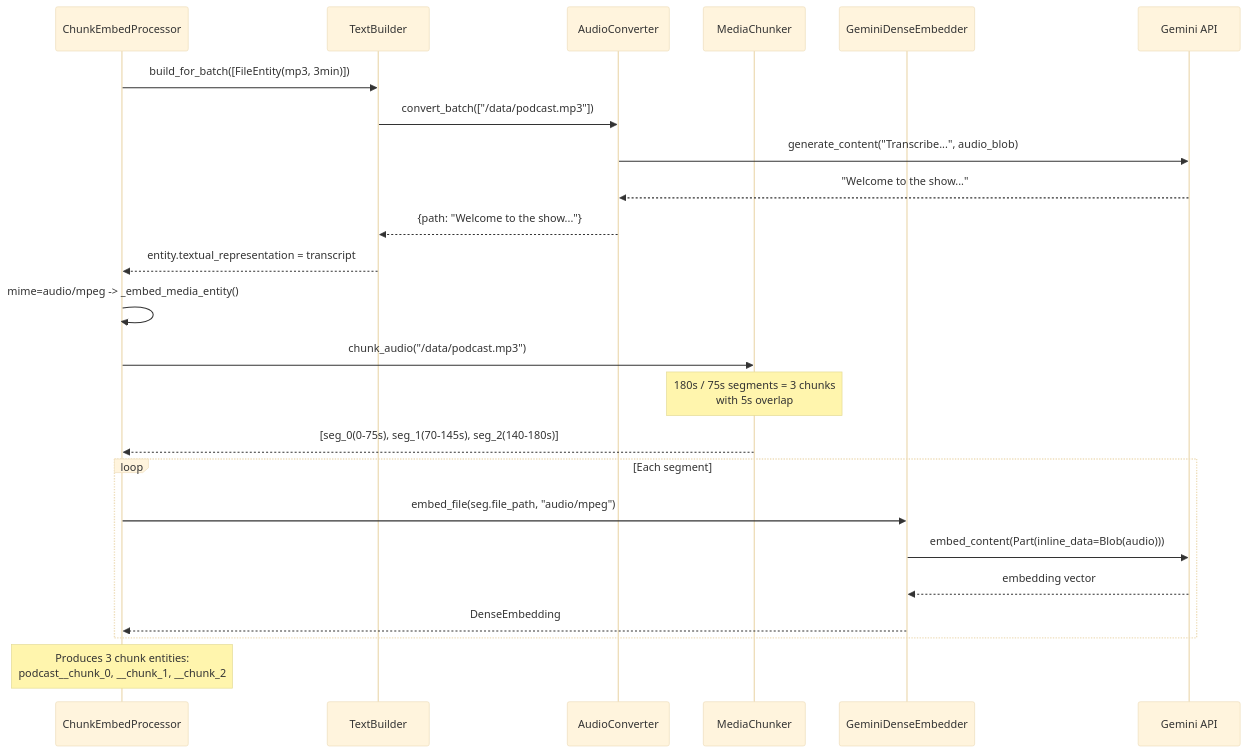
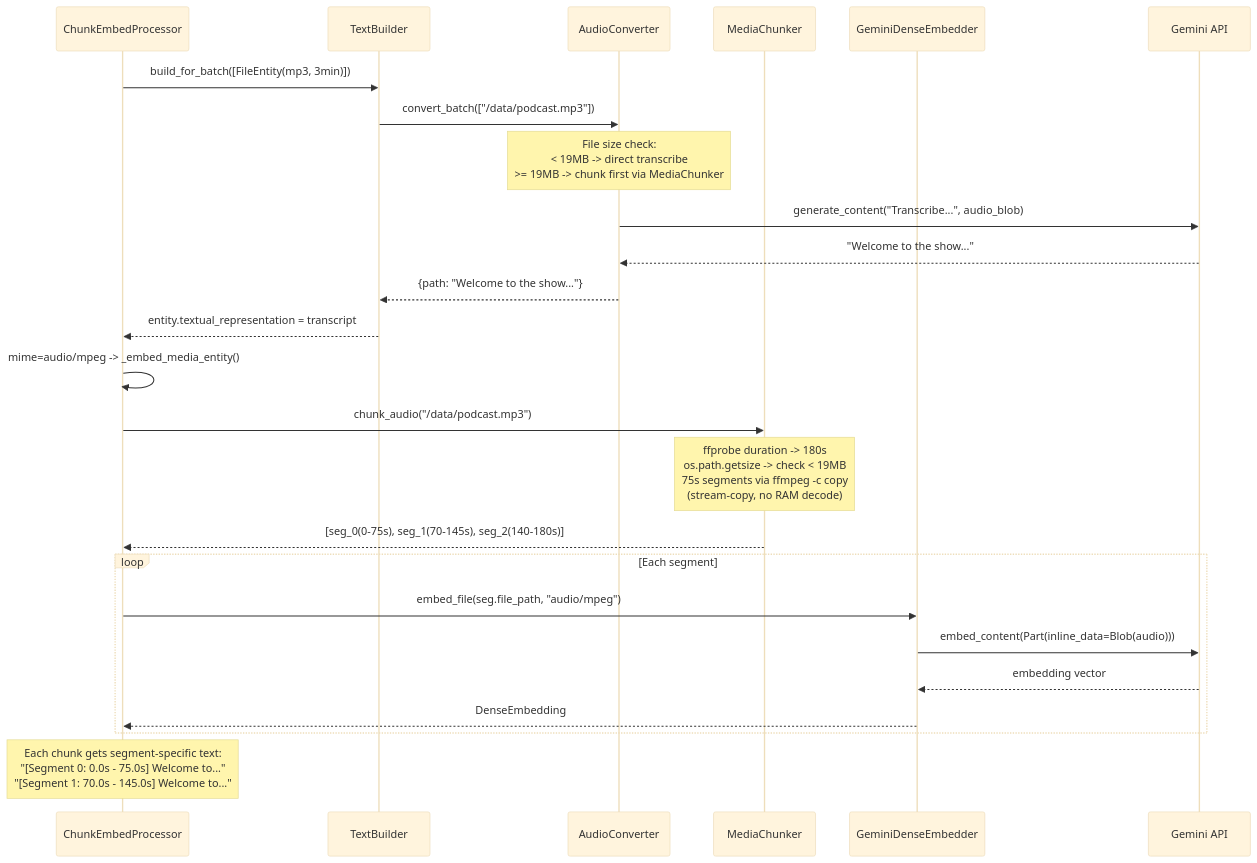
One commit to airweave-ai/airweave changed the seventh of 10 diagrams in docs/gemini-embedding-2/README.md. Above: the diagram before and after it, drawn with Mermaid (base theme). The commit also changed other lines of this file and 6 other files, not shown here.

````diff
--- a/docs/gemini-embedding-2/README.md
+++ b/docs/gemini-embedding-2/README.md
@@ -149,31 +248,32 @@
 ```mermaid
 sequenceDiagram
     participant CE as ChunkEmbedProcessor
     participant TB as TextBuilder
     participant AC as AudioConverter
     participant MC as MediaChunker
     participant GE as GeminiDenseEmbedder
     participant API as Gemini API
 
     CE->>TB: build_for_batch([FileEntity(mp3, 3min)])
     TB->>AC: convert_batch(["/data/podcast.mp3"])
+    Note over AC: File size check:<br/>< 19MB -> direct transcribe<br/>>= 19MB -> chunk first via MediaChunker
     AC->>API: generate_content("Transcribe...", audio_blob)
     API-->>AC: "Welcome to the show..."
     AC-->>TB: {path: "Welcome to the show..."}
     TB-->>CE: entity.textual_representation = transcript
 
     CE->>CE: mime=audio/mpeg -> _embed_media_entity()
     CE->>MC: chunk_audio("/data/podcast.mp3")
-    Note over MC: 180s / 75s segments = 3 chunks<br/>with 5s overlap
+    Note over MC: ffprobe duration -> 180s<br/>os.path.getsize -> check < 19MB<br/>75s segments via ffmpeg -c copy<br/>(stream-copy, no RAM decode)
 
     MC-->>CE: [seg_0(0-75s), seg_1(70-145s), seg_2(140-180s)]
 
     loop Each segment
         CE->>GE: embed_file(seg.file_path, "audio/mpeg")
         GE->>API: embed_content(Part(inline_data=Blob(audio)))
         API-->>GE: embedding vector
         GE-->>CE: DenseEmbedding
     end
 
-    Note over CE: Produces 3 chunk entities:<br/>podcast__chunk_0, __chunk_1, __chunk_2
+    Note over CE: Each chunk gets segment-specific text:<br/>"[Segment 0: 0.0s - 75.0s] Welcome to..."<br/>"[Segment 1: 70.0s - 145.0s] Welcome to..."
 ```
````
